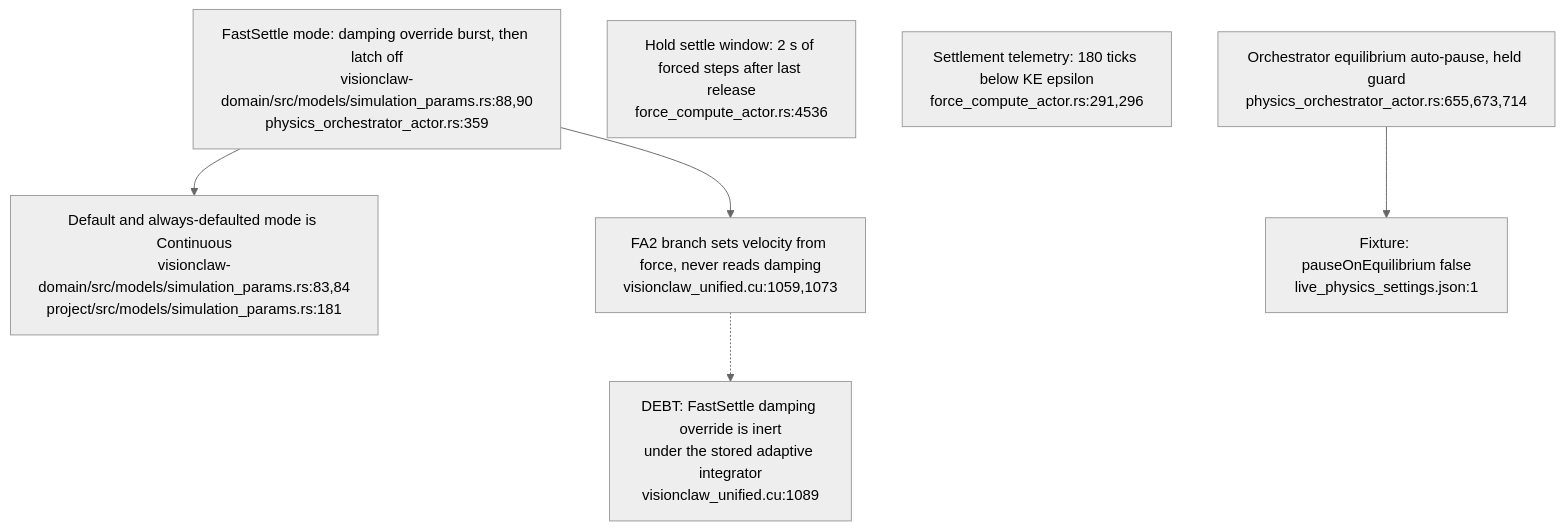
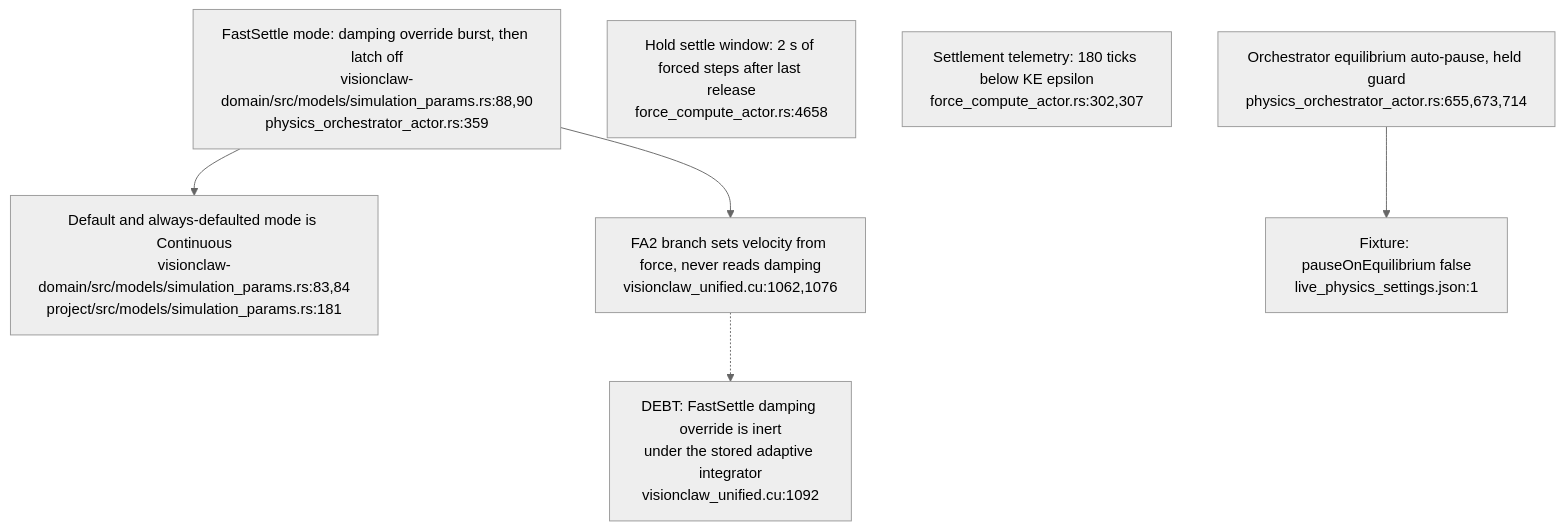
The third of 6 diagrams in docs/diagrams/visionclaw/54-layout-mode-step-cadence-and-settle.md (DreamLab-AI/VisionFlow), drawn with Mermaid (neutral theme) before and after one commit. The commit also changed other lines of this file, not shown here.

First line of the commit message:
docs(diagrams): VC-54.6 layout modes resolve on the host; the kernel never reads layout_mode

````diff
--- a/docs/diagrams/visionclaw/54-layout-mode-step-cadence-and-settle.md
+++ b/docs/diagrams/visionclaw/54-layout-mode-step-cadence-and-settle.md
@@ -82,9 +84,9 @@
 ```mermaid
 flowchart TD
     FS["FastSettle mode: damping override burst, then latch off<br/>visionclaw-domain/src/models/simulation_params.rs:88,90<br/>physics_orchestrator_actor.rs:359"] --> DEF["Default and always-defaulted mode is Continuous<br/>visionclaw-domain/src/models/simulation_params.rs:83,84<br/>project/src/models/simulation_params.rs:181"]
-    WIN["Hold settle window: 2 s of forced steps after last release<br/>force_compute_actor.rs:4536"]
-    TEL["Settlement telemetry: 180 ticks below KE epsilon<br/>force_compute_actor.rs:291,296"]
+    WIN["Hold settle window: 2 s of forced steps after last release<br/>force_compute_actor.rs:4658"]
+    TEL["Settlement telemetry: 180 ticks below KE epsilon<br/>force_compute_actor.rs:302,307"]
     EQ["Orchestrator equilibrium auto-pause, held guard<br/>physics_orchestrator_actor.rs:655,673,714"] --> OFF["Fixture: pauseOnEquilibrium false<br/>live_physics_settings.json:1"]
-    FS --> FA2["FA2 branch sets velocity from force, never reads damping<br/>visionclaw_unified.cu:1059,1073"]
-    FA2 -.-> D1["DEBT: FastSettle damping override is inert<br/>under the stored adaptive integrator<br/>visionclaw_unified.cu:1089"]
+    FS --> FA2["FA2 branch sets velocity from force, never reads damping<br/>visionclaw_unified.cu:1062,1076"]
+    FA2 -.-> D1["DEBT: FastSettle damping override is inert<br/>under the stored adaptive integrator<br/>visionclaw_unified.cu:1092"]
 ```
````
